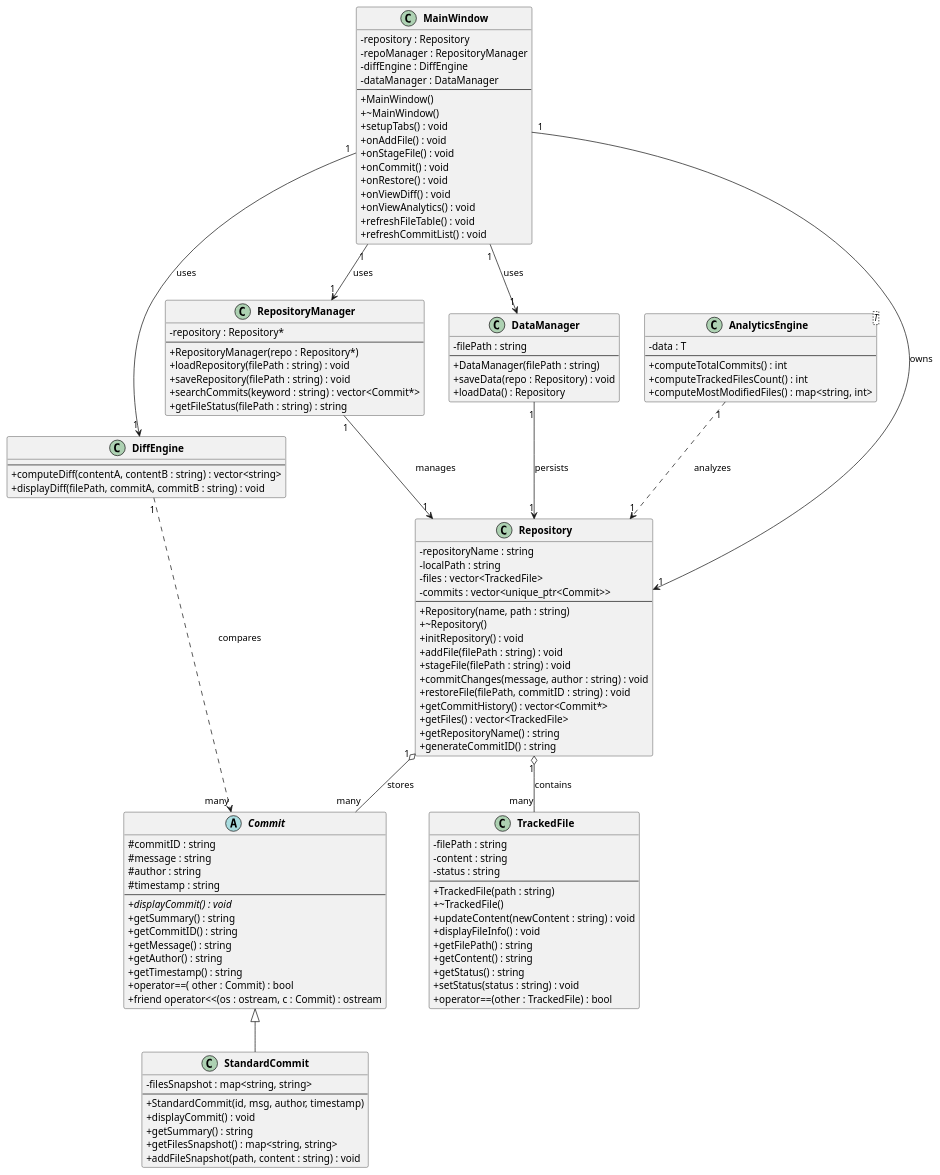
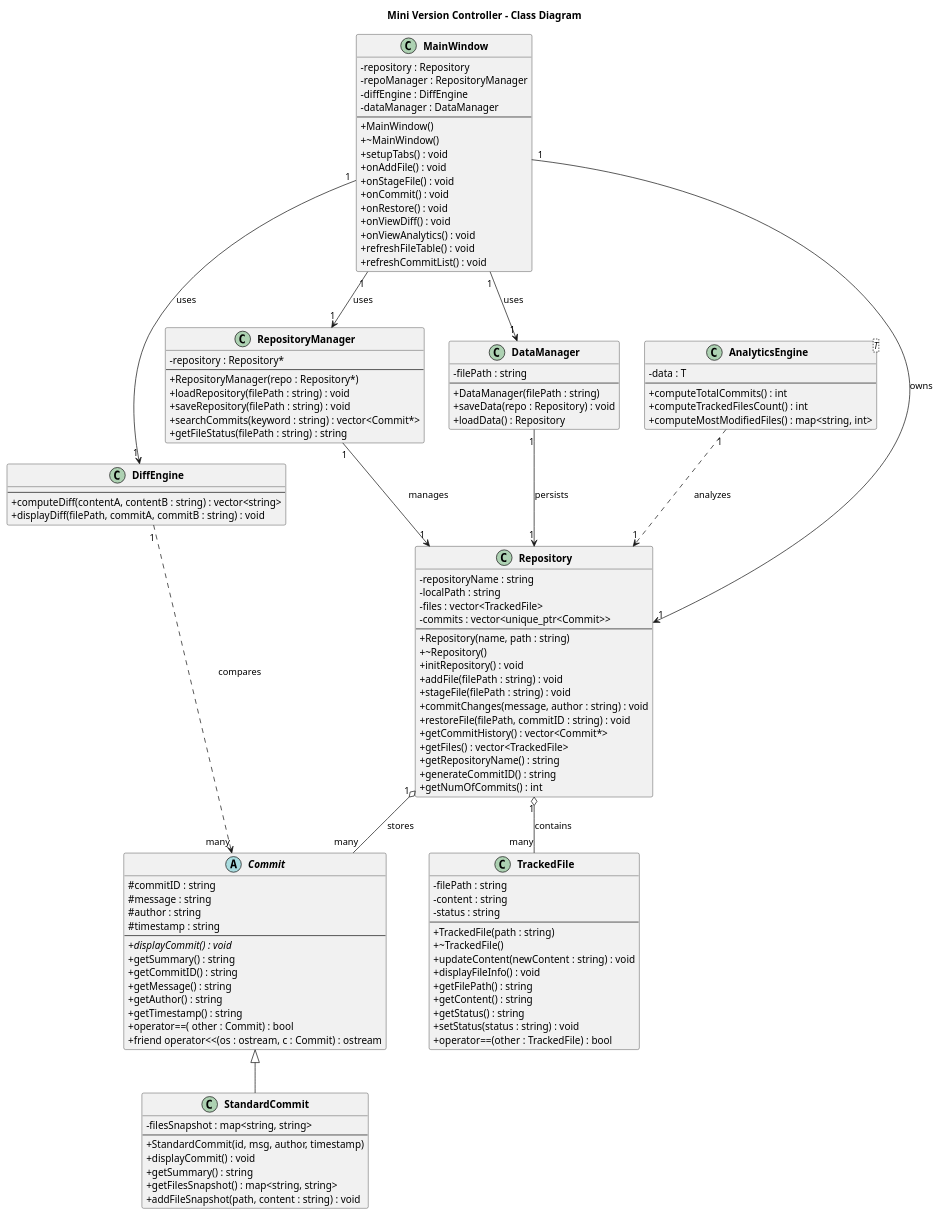
Before and after one commit to Sam-Horner-42/CPPMiniVersionControl: the diagram in class_diagram.puml, drawn with PlantUML. The commit also changed 8 other files, not shown here.

```diff
--- a/class_diagram.puml
+++ b/class_diagram.puml
@@ -1,135 +1,138 @@
 @startuml MiniVCS Class Diagram
+
+title "Mini Version Controller - Class Diagram"
 
 skinparam classAttributeIconSize 0
 skinparam classFontStyle Bold
 
 abstract class Commit {
     # commitID : string
     # message : string
     # author : string
     # timestamp : string
     --
     + {abstract} displayCommit() : void
     + getSummary() : string
     + getCommitID() : string
     + getMessage() : string
     + getAuthor() : string
     + getTimestamp() : string
     + operator==( other : Commit) : bool
     + friend operator<<(os : ostream, c : Commit) : ostream
 }
 
 class StandardCommit {
     - filesSnapshot : map<string, string>
     --
     + StandardCommit(id, msg, author, timestamp)
     + displayCommit() : void
     + getSummary() : string
     + getFilesSnapshot() : map<string, string>
     + addFileSnapshot(path, content : string) : void
 }
 
 class TrackedFile {
     - filePath : string
     - content : string
     - status : string
     --
     + TrackedFile(path : string)
     + ~TrackedFile()
     + updateContent(newContent : string) : void
     + displayFileInfo() : void
     + getFilePath() : string
     + getContent() : string
     + getStatus() : string
     + setStatus(status : string) : void
     + operator==(other : TrackedFile) : bool
 }
 
 class Repository {
     - repositoryName : string
     - localPath : string
     - files : vector<TrackedFile>
     - commits : vector<unique_ptr<Commit>>
     --
     + Repository(name, path : string)
     + ~Repository()
     + initRepository() : void
     + addFile(filePath : string) : void
     + stageFile(filePath : string) : void
     + commitChanges(message, author : string) : void
     + restoreFile(filePath, commitID : string) : void
     + getCommitHistory() : vector<Commit*>
     + getFiles() : vector<TrackedFile>
     + getRepositoryName() : string
     + generateCommitID() : string
+    + getNumOfCommits() : int
 }
 
 class DiffEngine {
     --
     + computeDiff(contentA, contentB : string) : vector<string>
     + displayDiff(filePath, commitA, commitB : string) : void
 }
 
 class RepositoryManager {
     - repository : Repository*
     --
     + RepositoryManager(repo : Repository*)
     + loadRepository(filePath : string) : void
     + saveRepository(filePath : string) : void
     + searchCommits(keyword : string) : vector<Commit*>
     + getFileStatus(filePath : string) : string
 }
 
 class AnalyticsEngine<T> {
     - data : T
     --
     + computeTotalCommits() : int
     + computeTrackedFilesCount() : int
     + computeMostModifiedFiles() : map<string, int>
 }
 
 class DataManager {
     - filePath : string
     --
     + DataManager(filePath : string)
     + saveData(repo : Repository) : void
     + loadData() : Repository
 }
 
 class MainWindow {
     - repository : Repository
     - repoManager : RepositoryManager
     - diffEngine : DiffEngine
     - dataManager : DataManager
     --
     + MainWindow()
     + ~MainWindow()
     + setupTabs() : void
     + onAddFile() : void
     + onStageFile() : void
     + onCommit() : void
     + onRestore() : void
     + onViewDiff() : void
     + onViewAnalytics() : void
     + refreshFileTable() : void
     + refreshCommitList() : void
 }
 
 ' Inheritance
 Commit <|-- StandardCommit
 
 ' Associations
 Repository "1" o-- "many" TrackedFile : contains
 Repository "1" o-- "many" Commit : stores
 
 RepositoryManager "1" --> "1" Repository : manages
 DataManager "1" --> "1" Repository : persists
 DiffEngine "1" ..> "many" Commit : compares
 AnalyticsEngine "1" ..> "1" Repository : analyzes
 
 MainWindow "1" --> "1" Repository : owns
 MainWindow "1" --> "1" RepositoryManager : uses
 MainWindow "1" --> "1" DiffEngine : uses
 MainWindow "1" --> "1" DataManager : uses
 
 @enduml
```
